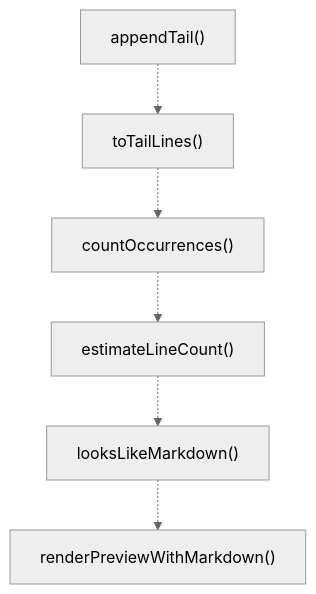
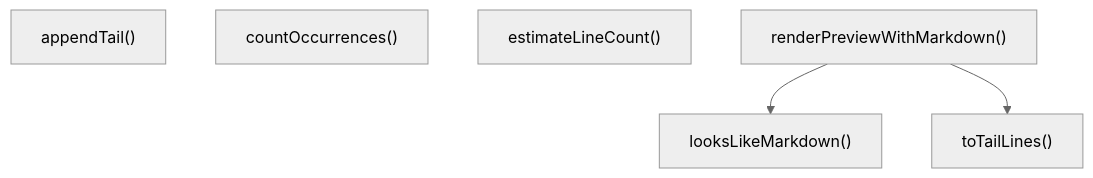
The third of 4 diagrams in ABDD/.pi/lib/tui/tui-utils.md (Mekann2904/mekann), drawn with Mermaid (neutral theme) before and after one commit. The commit also changed other lines of this file and 277 other files, not shown here.

````diff
--- a/ABDD/.pi/lib/tui/tui-utils.md
+++ b/ABDD/.pi/lib/tui/tui-utils.md
@@ -62,14 +62,11 @@
 ```mermaid
 flowchart TD
   appendTail["appendTail()"]
-  toTailLines["toTailLines()"]
   countOccurrences["countOccurrences()"]
   estimateLineCount["estimateLineCount()"]
   looksLikeMarkdown["looksLikeMarkdown()"]
   renderPreviewWithMarkdown["renderPreviewWithMarkdown()"]
-  appendTail -.-> toTailLines
-  toTailLines -.-> countOccurrences
-  countOccurrences -.-> estimateLineCount
-  estimateLineCount -.-> looksLikeMarkdown
-  looksLikeMarkdown -.-> renderPreviewWithMarkdown
+  toTailLines["toTailLines()"]
+  renderPreviewWithMarkdown --> looksLikeMarkdown
+  renderPreviewWithMarkdown --> toTailLines
 ```
````
